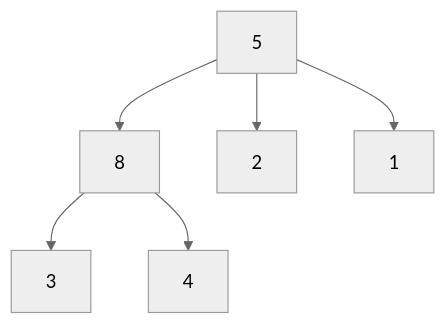
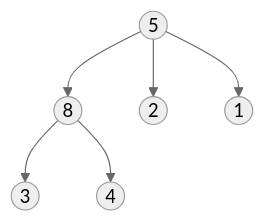
One commit to Cyberistic/Kuwait-University-Computer-Engineering-Masters-Prep-2025 changed the second of 3 diagrams in 1 - Data Structures and Algorithms/20 - Trees and graphs.md. Above: the diagram before and after it, drawn with Mermaid (neutral theme). The commit also changed other lines of this file and 1 other file, not shown here.

````diff
--- a/1 - Data Structures and Algorithms/20 - Trees and graphs.md
+++ b/1 - Data Structures and Algorithms/20 - Trees and graphs.md
@@ -120,8 +120,8 @@
 ```mermaid
 graph TD
-    A[5] --> B[8]
-    A --> C[2]
-    A --> D[1]
-    B --> E[3]
-    B --> F[4]
+    A((5)) --> B((8))
+    A --> C((2))
+    A --> D((1))
+    B --> E((3))
+    B --> F((4))
 ```
````
